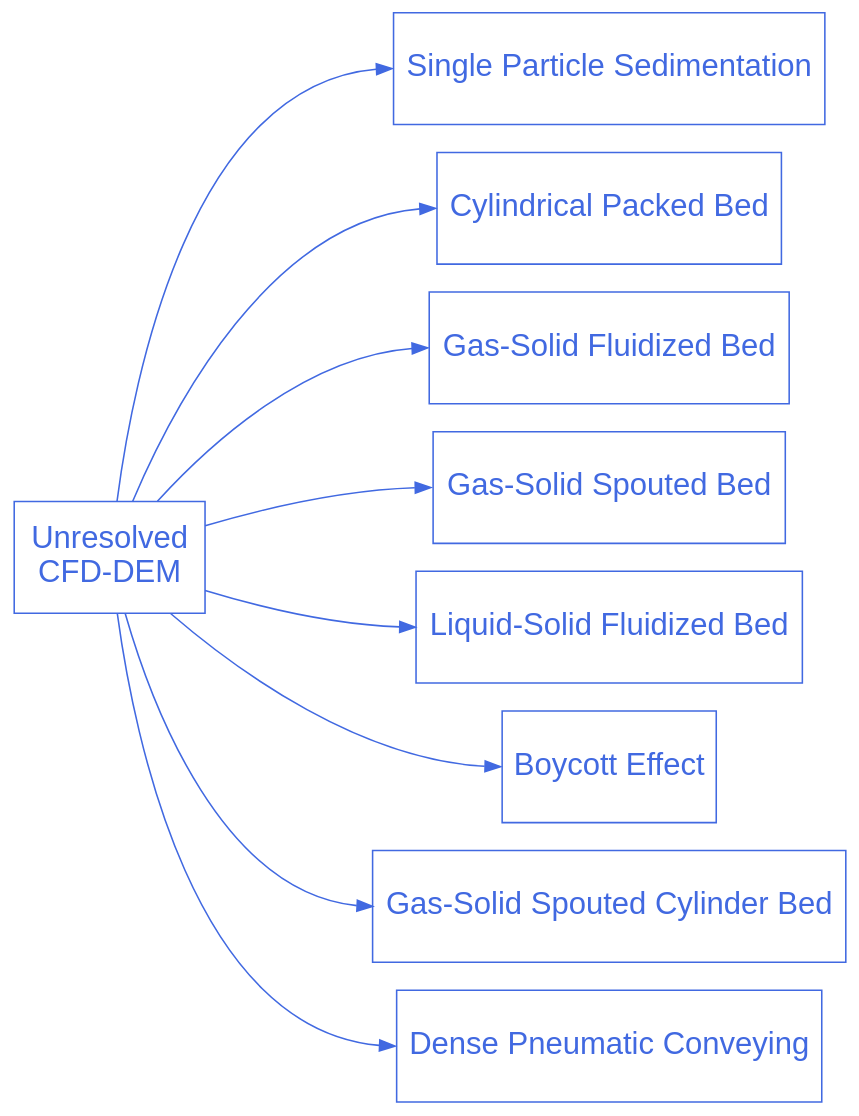
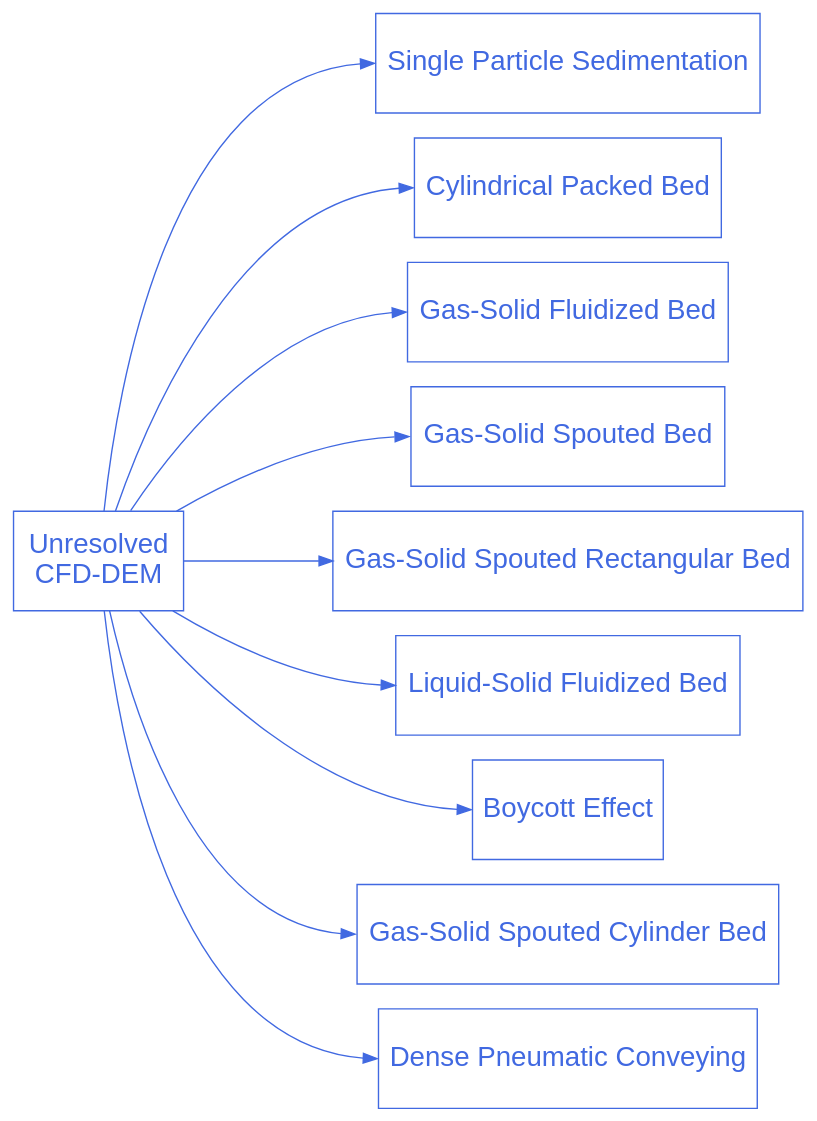
Before and after one commit to chaos-polymtl/lethe: the diagram in doc/source/examples/unresolved-cfd-dem/unresolved-cfd-dem.rst, drawn with Graphviz. The commit also changed other lines of this file, not shown here.

Commit message:
add new spouted bed example to unresolved CFD-DEM examples tree

```diff
--- a/doc/source/examples/unresolved-cfd-dem/unresolved-cfd-dem.rst
+++ b/doc/source/examples/unresolved-cfd-dem/unresolved-cfd-dem.rst
@@ -21,36 +22,39 @@
 .. graphviz:: 
 
     digraph unresolved_cfd_dem_diagram {
       graph [bgcolor="transparent", align=true, ranksep=1.5];
       node [fontname=Arial, fontsize=20, shape=box, fontcolor=royalblue, color=royalblue, height=1];
       edge [color=royalblue];
       rankdir="LR";
       size = "9,9";
 
       unresolved_cfd_dem [label="Unresolved \nCFD-DEM", href="https://chaos-polymtl.github.io/lethe/documentation/examples/unresolved-cfd-dem/unresolved-cfd-dem.html"];
 
       cfd_dem_1 [label="Single Particle Sedimentation", href="https://chaos-polymtl.github.io/lethe/documentation/examples/unresolved-cfd-dem/single-particle-sedimentation/single-particle-sedimentation.html"];
 
       cfd_dem_2 [label="Cylindrical Packed Bed", href="https://chaos-polymtl.github.io/lethe/documentation/examples/unresolved-cfd-dem/cylindrical-packed-bed/cylindrical-packed-bed.html"];
 
       cfd_dem_3 [label="Gas-Solid Fluidized Bed", href="https://chaos-polymtl.github.io/lethe/documentation/examples/unresolved-cfd-dem/gas-solid-fluidized-bed/gas-solid-fluidized-bed.html"];
 
       cfd_dem_4 [label="Gas-Solid Spouted Bed", href="https://chaos-polymtl.github.io/lethe/documentation/examples/unresolved-cfd-dem/gas-solid-spouted-bed/gas-solid-spouted-bed.html"];
 
-      cfd_dem_5 [label="Liquid-Solid Fluidized Bed", href="https://chaos-polymtl.github.io/lethe/documentation/examples/unresolved-cfd-dem/liquid-solid-fluidized-bed/liquid-solid-fluidized-bed.html"];
+      cfd_dem_5 [label="Gas-Solid Spouted Rectangular Bed", href="https://chaos-polymtl.github.io/lethe/documentation/examples/unresolved-cfd-dem/gas-solid-spouted-rectangular-bed/gas-solid-spouted-rectangular-bed.html"];
 
-      cfd_dem_6 [label="Boycott Effect", href="https://chaos-polymtl.github.io/lethe/documentation/examples/unresolved-cfd-dem/boycott-effect/boycott-effect.html"];
+      cfd_dem_6 [label="Liquid-Solid Fluidized Bed", href="https://chaos-polymtl.github.io/lethe/documentation/examples/unresolved-cfd-dem/liquid-solid-fluidized-bed/liquid-solid-fluidized-bed.html"];
 
-      cfd_dem_7 [label="Gas-Solid Spouted Cylinder Bed", href="https://chaos-polymtl.github.io/lethe/documentation/examples/unresolved-cfd-dem/gas-solid-spouted-cylinder-bed/gas-solid-spouted-cylinder-bed.html"];
+      cfd_dem_7 [label="Boycott Effect", href="https://chaos-polymtl.github.io/lethe/documentation/examples/unresolved-cfd-dem/boycott-effect/boycott-effect.html"];
 
-      cfd_dem_8 [label="Dense Pneumatic Conveying", href="https://chaos-polymtl.github.io/lethe/documentation/examples/unresolved-cfd-dem/dense-pneumatic-conveying/dense-pneumatic-conveying.html"];
+      cfd_dem_8 [label="Gas-Solid Spouted Cylinder Bed", href="https://chaos-polymtl.github.io/lethe/documentation/examples/unresolved-cfd-dem/gas-solid-spouted-cylinder-bed/gas-solid-spouted-cylinder-bed.html"];
+
+      cfd_dem_9 [label="Dense Pneumatic Conveying", href="https://chaos-polymtl.github.io/lethe/documentation/examples/unresolved-cfd-dem/dense-pneumatic-conveying/dense-pneumatic-conveying.html"];
 
       unresolved_cfd_dem -> cfd_dem_1:w;
       unresolved_cfd_dem -> cfd_dem_2:w;
       unresolved_cfd_dem -> cfd_dem_3:w;
       unresolved_cfd_dem -> cfd_dem_4:w;
       unresolved_cfd_dem -> cfd_dem_5:w;
       unresolved_cfd_dem -> cfd_dem_6:w;
       unresolved_cfd_dem -> cfd_dem_7:w;
       unresolved_cfd_dem -> cfd_dem_8:w;
+      unresolved_cfd_dem -> cfd_dem_9:w;
     }
```
